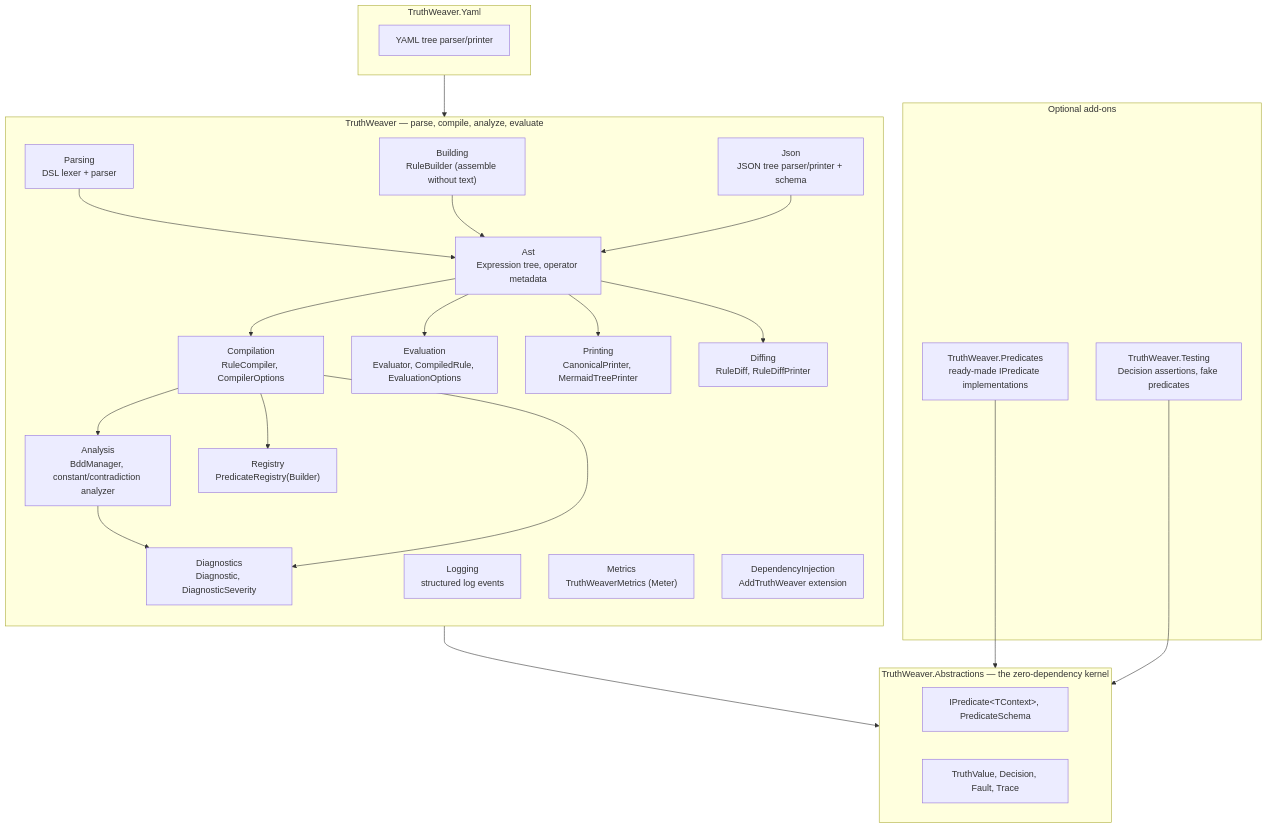
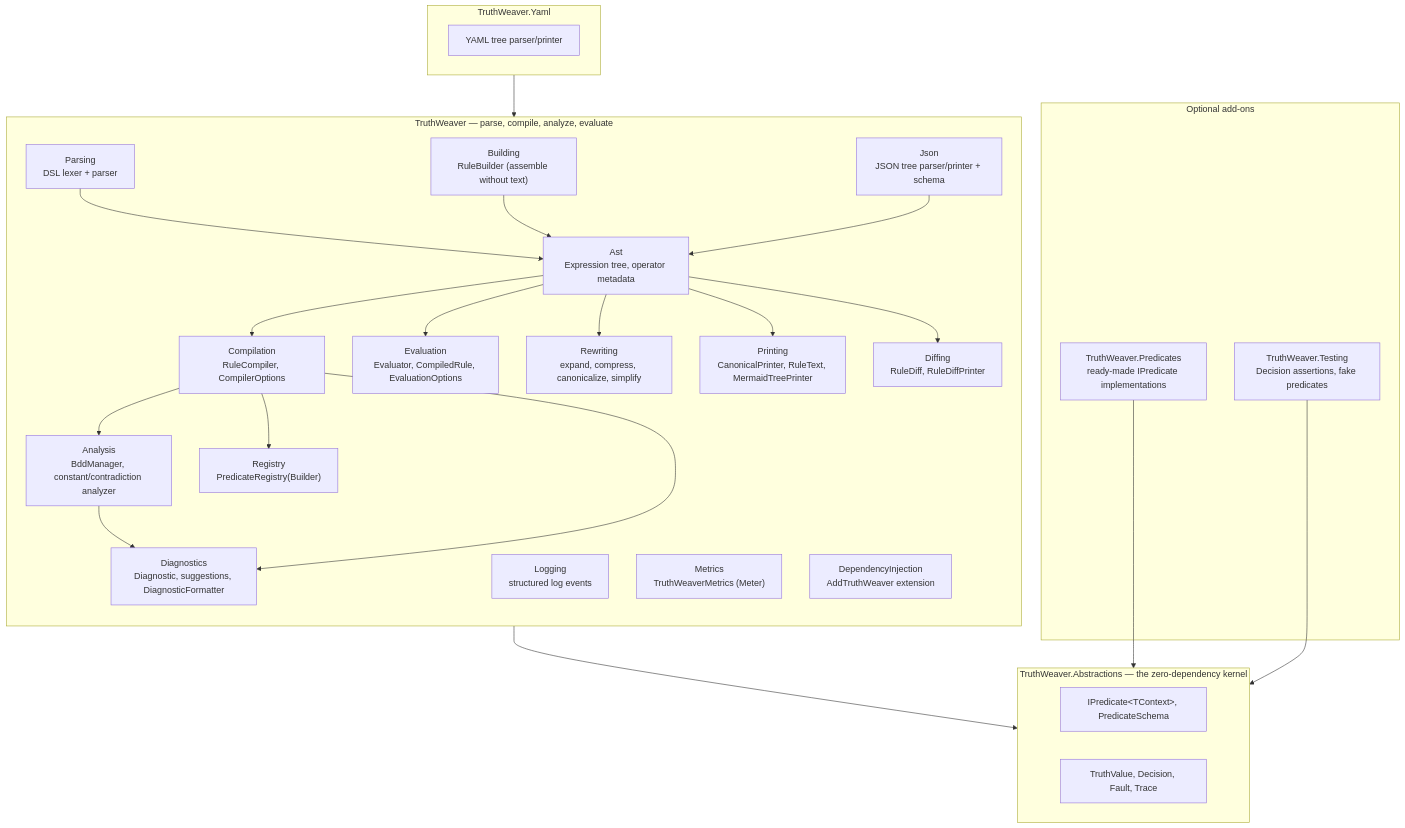
Before and after one commit to rheone/Boolean-Rules-Engine: the first of 5 diagrams in README.md, drawn with Mermaid. The commit also changed other lines of this file and 9 other files, not shown here.

````diff
--- a/README.md
+++ b/README.md
@@ -140,51 +154,53 @@
 ```mermaid
 flowchart TD
     subgraph Kernel["TruthWeaver.Abstractions — the zero-dependency kernel"]
         IPredicate["IPredicate&lt;TContext&gt;, PredicateSchema"]
         Types["TruthValue, Decision, Fault, Trace"]
     end
 
     subgraph Core["TruthWeaver — parse, compile, analyze, evaluate"]
         direction TB
         Parsing["Parsing<br/>DSL lexer + parser"]
         Ast["Ast<br/>Expression tree, operator metadata"]
+        Rewriting["Rewriting<br/>expand, compress, canonicalize, simplify"]
         Compilation["Compilation<br/>RuleCompiler, CompilerOptions"]
         Analysis["Analysis<br/>BddManager, constant/contradiction analyzer"]
         Building["Building<br/>RuleBuilder (assemble without text)"]
         Registry["Registry<br/>PredicateRegistry(Builder)"]
         Evaluation["Evaluation<br/>Evaluator, CompiledRule, EvaluationOptions"]
-        Diagnostics["Diagnostics<br/>Diagnostic, DiagnosticSeverity"]
+        Diagnostics["Diagnostics<br/>Diagnostic, suggestions, DiagnosticFormatter"]
         Json["Json<br/>JSON tree parser/printer + schema"]
-        Printing["Printing<br/>CanonicalPrinter, MermaidTreePrinter"]
+        Printing["Printing<br/>CanonicalPrinter, RuleText, MermaidTreePrinter"]
         Diffing["Diffing<br/>RuleDiff, RuleDiffPrinter"]
         Logging["Logging<br/>structured log events"]
         Metrics["Metrics<br/>TruthWeaverMetrics (Meter)"]
         DI["DependencyInjection<br/>AddTruthWeaver extension"]
 
         Parsing --> Ast
         Building --> Ast
         Json --> Ast
         Ast --> Compilation
         Compilation --> Analysis
         Compilation --> Registry
         Analysis --> Diagnostics
         Compilation --> Diagnostics
         Ast --> Evaluation
+        Ast --> Rewriting
         Ast --> Printing
         Ast --> Diffing
     end
 
     subgraph YamlPkg["TruthWeaver.Yaml"]
         Yaml["YAML tree parser/printer"]
     end
 
     subgraph Extras["Optional add-ons"]
         Predicates["TruthWeaver.Predicates<br/>ready-made IPredicate implementations"]
         Testing["TruthWeaver.Testing<br/>Decision assertions, fake predicates"]
     end
 
     Core --> Kernel
     YamlPkg --> Core
     Predicates --> Kernel
     Testing --> Kernel
 ```
````
